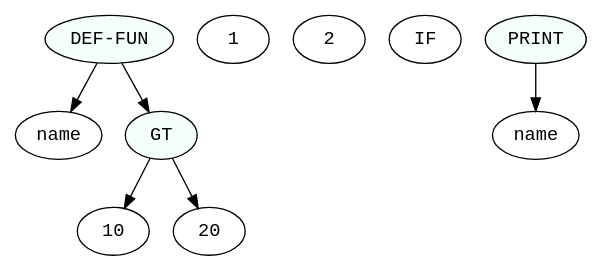
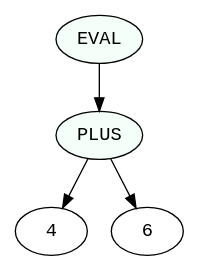
One commit to GunendraBikram/cc_project_01 changed the diagram in ast.dot. Above: the diagram before and after it, drawn with Graphviz. The commit also changed 31 other files, not shown here.

```diff
--- a/ast.dot
+++ b/ast.dot
@@ -1,17 +1,9 @@
 digraph print {
- 1 [label="name", fontname="monospace"];
- 2 [label="10", fontname="monospace"];
- 3 [label="20", fontname="monospace"];
- 4 [label="GT", fontname="monospace", style=filled, fillcolor=mintcream];
- 4->2
+ 1 [label="4", fontname="monospace"];
+ 2 [label="6", fontname="monospace"];
+ 3 [label="PLUS", fontname="monospace", style=filled, fillcolor=mintcream];
+ 3->1
+ 3->2
+ 4 [label="EVAL", fontname="monospace", style=filled, fillcolor=mintcream];
  4->3
- 5 [label="1", fontname="monospace"];
- 6 [label="2", fontname="monospace"];
- 7 [label="IF", fontname="monospace"];
- 8 [label="name", fontname="monospace"];
- 9 [label="PRINT", fontname="monospace", style=filled, fillcolor=mintcream];
- 9->8
- 10 [label="DEF-FUN", fontname="monospace", style=filled, fillcolor=mintcream];
- 10->1
- 10->4
  }
```
